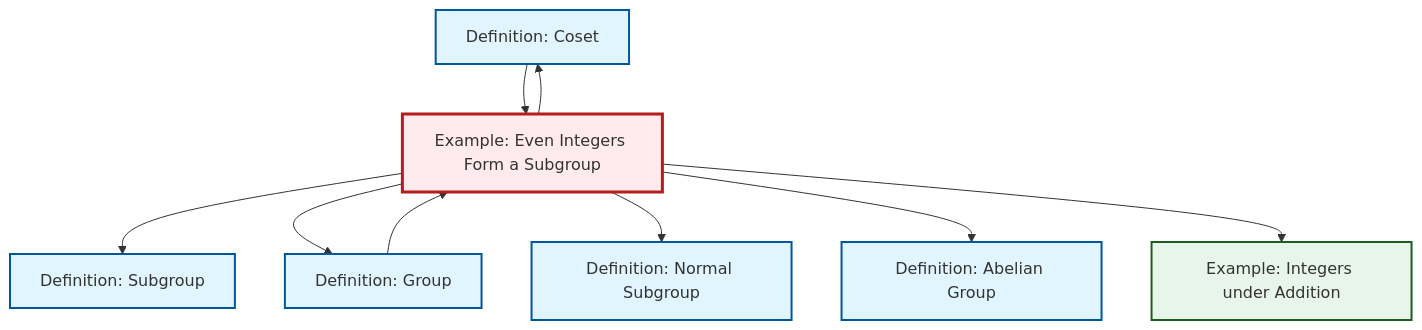
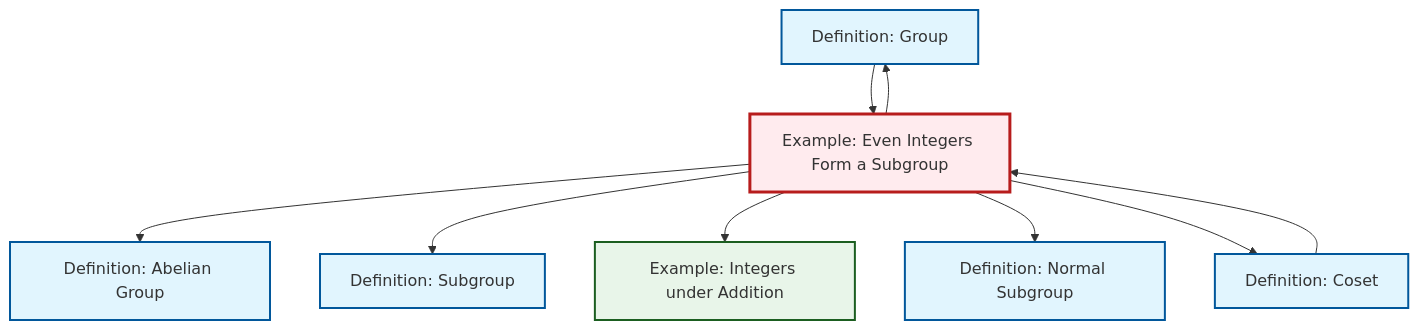
One commit to RK0429/ModernMath changed the diagram in content/en/algebra/ex-even-integers-subgroup.qmd. Above: the diagram before and after it, drawn with Mermaid. The commit also changed other lines of this file and 672 other files, not shown here.

````diff
--- a/content/en/algebra/ex-even-integers-subgroup.qmd
+++ b/content/en/algebra/ex-even-integers-subgroup.qmd
@@ -51,31 +51,31 @@
 ```{mermaid}
 %%| fig-cap: "Local dependency graph"
 graph TD
     classDef definition fill:#e1f5fe,stroke:#01579b,stroke-width:2px
     classDef theorem fill:#f3e5f5,stroke:#4a148c,stroke-width:2px
     classDef axiom fill:#fff3e0,stroke:#e65100,stroke-width:2px
     classDef example fill:#e8f5e9,stroke:#1b5e20,stroke-width:2px
     classDef current fill:#ffebee,stroke:#b71c1c,stroke-width:3px
     def-subgroup["Definition: Subgroup"]:::definition
-    def-abelian-group["Definition: Abelian Group"]:::definition
     def-normal-subgroup["Definition: Normal Subgroup"]:::definition
     ex-integers-addition["Example: Integers under Addition"]:::example
+    def-group["Definition: Group"]:::definition
     def-coset["Definition: Coset"]:::definition
-    def-group["Definition: Group"]:::definition
     ex-even-integers-subgroup["Example: Even Integers Form a Subgroup"]:::example
+    def-abelian-group["Definition: Abelian Group"]:::definition
+    ex-even-integers-subgroup --> def-abelian-group
+    ex-even-integers-subgroup --> def-subgroup
     def-coset --> ex-even-integers-subgroup
-    ex-even-integers-subgroup --> def-subgroup
+    ex-even-integers-subgroup --> ex-integers-addition
     def-group --> ex-even-integers-subgroup
+    ex-even-integers-subgroup --> def-normal-subgroup
     ex-even-integers-subgroup --> def-group
-    ex-even-integers-subgroup --> def-normal-subgroup
     ex-even-integers-subgroup --> def-coset
-    ex-even-integers-subgroup --> def-abelian-group
-    ex-even-integers-subgroup --> ex-integers-addition
     class ex-even-integers-subgroup current
     click def-subgroup "def-subgroup.html" "Go to Subgroup definition"
-    click def-abelian-group "def-abelian-group.html" "Go to Abelian Group definition"
     click def-normal-subgroup "def-normal-subgroup.html" "Go to Normal Subgroup definition"
     click ex-integers-addition "ex-integers-addition.html" "Go to Integers under Addition example"
+    click def-group "def-group.html" "Go to Group definition"
     click def-coset "def-coset.html" "Go to Coset definition"
-    click def-group "def-group.html" "Go to Group definition"
+    click def-abelian-group "def-abelian-group.html" "Go to Abelian Group definition"
 ```
````
